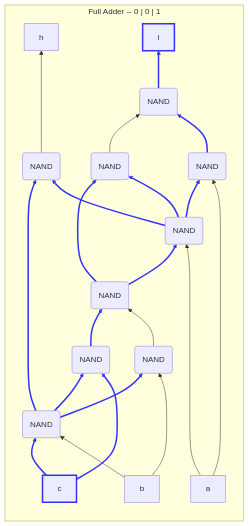
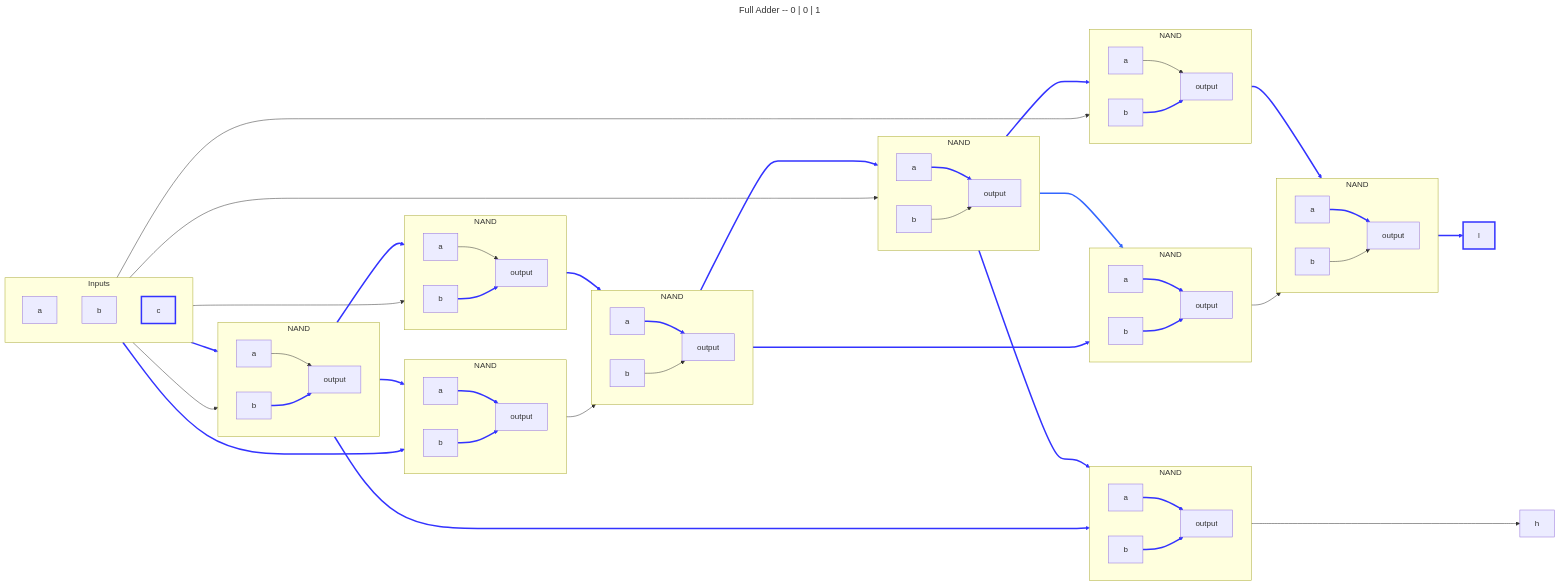
Before and after one commit to DaveyJH/nandgame: the fourth of 9 diagrams in arithmetic/full-adder.md, drawn with Mermaid. The commit also changed other lines of this file, not shown here.

Commit message:
feat: Update Full Adder to new style

````diff
--- a/arithmetic/full-adder.md
+++ b/arithmetic/full-adder.md
@@ -88,33 +311,97 @@
 ```mermaid
-flowchart BT
-subgraph "Full Adder -- 0 | 0 | 1"
-direction BT
+---
+title: Full Adder -- 0 | 0 | 1
+---
+flowchart LR;
 
-a[a]----->n1(NAND) & n2(NAND);
-b[b]-->n3(NAND) & n4(NAND);
-c[c]:::ON-->n4 & n5(NAND);
-n1-->n2 & n6(NAND) & n8(NAND);
-n2-->n9(NAND);
-n3-->n7(NAND);
-n4-->n3 & n6 & n5;
-n5-->n7;
-n6--->h[h];
-n7-->n8 & n1;
-n8-->n9;
-n9-->l[l]:::ON;
+subgraph n1 [NAND];
+  direction LR;
+  n1ina[a] & n1inb[b] --> n1o[output];
+end;
+
+subgraph n2 [NAND];
+  direction LR;
+  n2ina[a] & n2inb[b] --> n2o[output];
+end;
+
+subgraph n3 [NAND];
+  direction LR;
+  n3ina[a] & n3inb[b] --> n3o[output];
+end;
+
+subgraph n4 [NAND];
+  direction LR;
+  n4ina[a] & n4inb[b] --> n4o[output];
+end;
+
+subgraph n5 [NAND];
+  direction LR;
+  n5ina[a] & n5inb[b] --> n5o[output];
+end;
+
+subgraph n6 [NAND];
+  direction LR;
+  n6ina[a] & n6inb[b] --> n6o[output];
+end;
+
+subgraph n7 [NAND];
+  direction LR;
+  n7ina[a] & n7inb[b] --> n7o[output];
+end;
+
+subgraph n8 [NAND];
+  direction LR;
+  n8ina[a] & n8inb[b] --> n8o[output];
+end;
+
+subgraph n9 [NAND];
+  direction LR;
+  n9ina[a] & n9inb[b] --> n9o[output];
+end;
+
+subgraph inputs [Inputs];
+  direction TB;
+  a[a];
+  b[b];
+  c[c];
+end;
+
+a[a] ---------> n1inb & n2ina;
+b[b] --> n3ina & n4ina;
+c[c]:::ON --> n4inb & n5inb;
+n1o ---> n2inb & n6ina & n9ina;
+n2o --> n7ina;
+n3o --> n8ina;
+n4o --> n3inb & n5ina & n6inb;
+n5o --> n8inb;
+n6o ----> h[h];
+n7o --> l[l]:::ON;
+n8o --> n1ina & n9inb;
+n9o --> n7inb;
 classDef ON stroke:#33f,stroke-width:3px;
-linkStyle 4 stroke:#33f,stroke-width:3px;
+linkStyle 0 stroke:#33f,stroke-width:3px;
+linkStyle 3 stroke:#33f,stroke-width:3px;
 linkStyle 5 stroke:#33f,stroke-width:3px;
-linkStyle 6 stroke:#33f,stroke-width:3px;
 linkStyle 7 stroke:#33f,stroke-width:3px;
 linkStyle 8 stroke:#33f,stroke-width:3px;
 linkStyle 9 stroke:#33f,stroke-width:3px;
+linkStyle 10 stroke:#33f,stroke-width:3px;
 linkStyle 11 stroke:#33f,stroke-width:3px;
 linkStyle 12 stroke:#33f,stroke-width:3px;
-linkStyle 13 stroke:#33f,stroke-width:3px;
 linkStyle 14 stroke:#33f,stroke-width:3px;
 linkStyle 16 stroke:#33f,stroke-width:3px;
 linkStyle 17 stroke:#33f,stroke-width:3px;
-linkStyle 19 stroke:#33f,stroke-width:3px;
-end
+linkStyle 22 stroke:#33f,stroke-width:3px;
+linkStyle 23 stroke:#33f,stroke-width:3px;
+linkStyle 24 stroke:#33f,stroke-width:3px;
+linkStyle 25 stroke:#33f,stroke-width:3px;
+linkStyle 26 stroke:#36f,stroke-width:3px;
+linkStyle 27 stroke:#33f,stroke-width:3px;
+linkStyle 28 stroke:#33f,stroke-width:3px;
+linkStyle 29 stroke:#33f,stroke-width:3px;
+linkStyle 30 stroke:#33f,stroke-width:3px;
+linkStyle 31 stroke:#33f,stroke-width:3px;
+linkStyle 34 stroke:#33f,stroke-width:3px;
+linkStyle 35 stroke:#33f,stroke-width:3px;
+linkStyle 36 stroke:#33f,stroke-width:3px;
 ```
````
